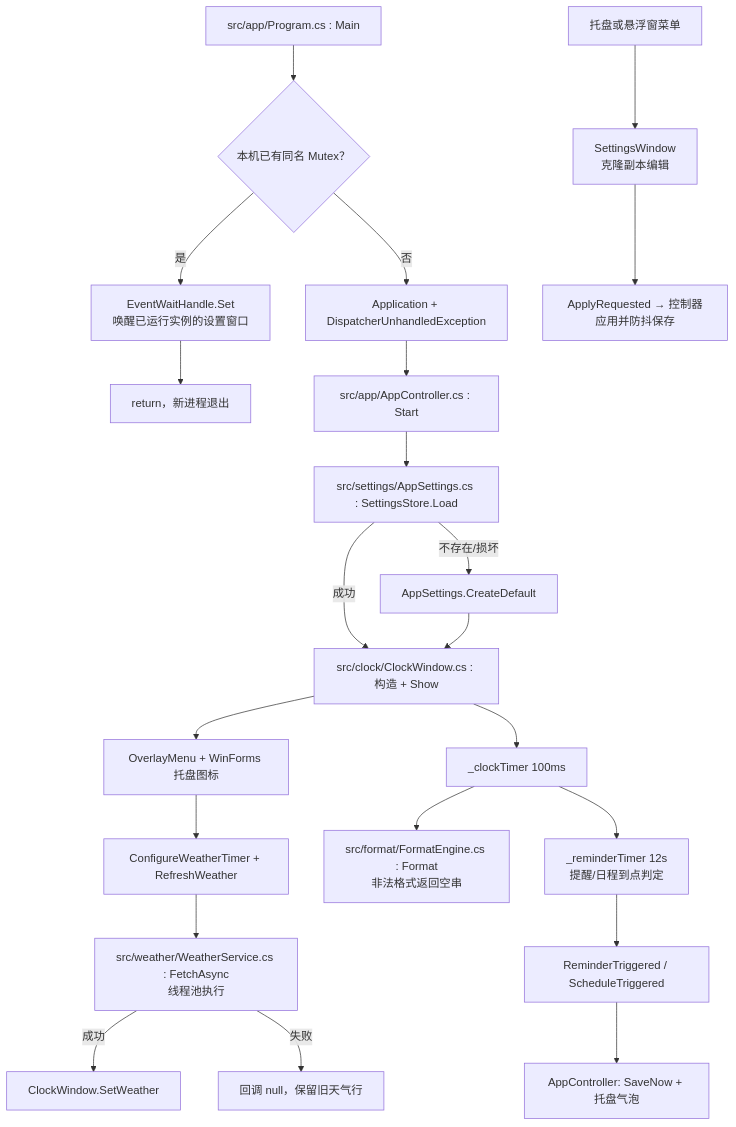
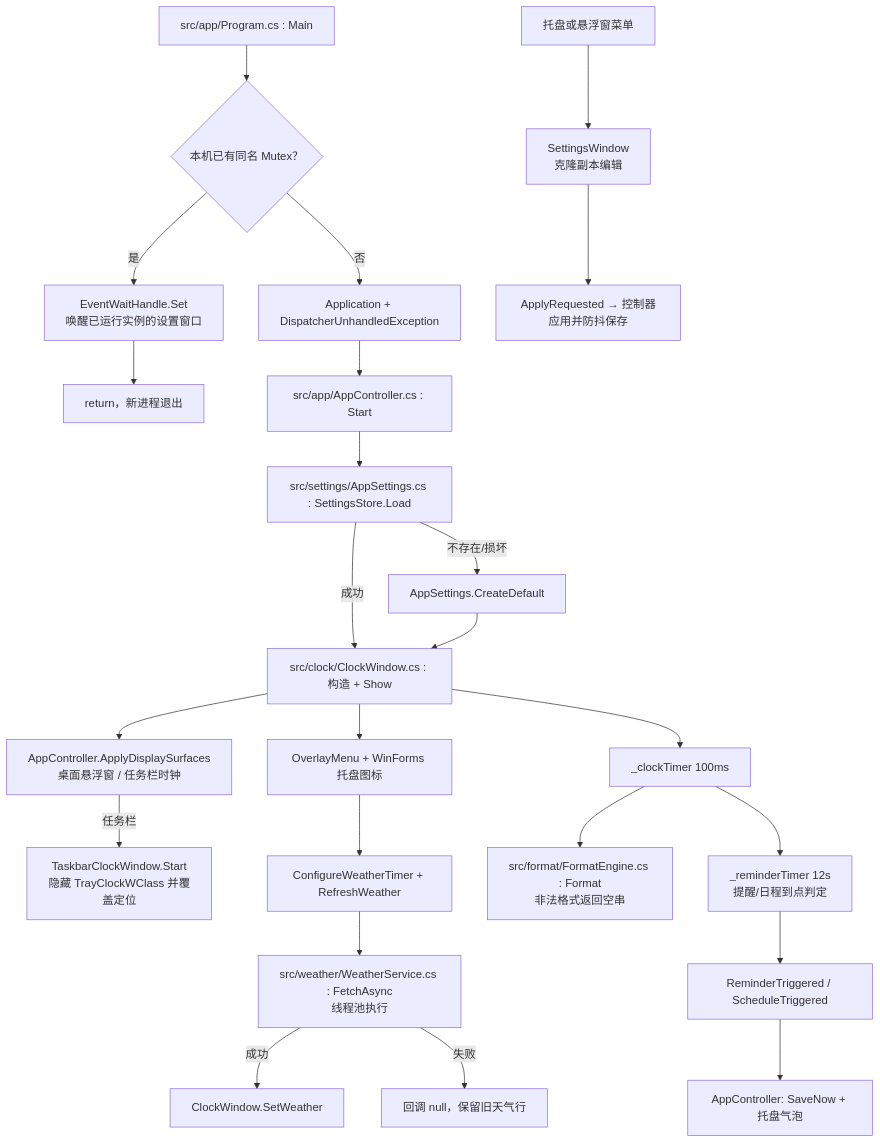
Before and after one commit to GitHubRise/timer: the diagram in docs/300001-系统架构与模块契约.md, drawn with Mermaid. The commit also changed other lines of this file and 7 other files, not shown here.

````diff
--- a/docs/300001-系统架构与模块契约.md
+++ b/docs/300001-系统架构与模块契约.md
@@ -56,24 +61,26 @@
 ```mermaid
 flowchart TD
     A["src/app/Program.cs : Main"] --> B{"本机已有同名 Mutex？"}
     B -- 是 --> B1["EventWaitHandle.Set<br/>唤醒已运行实例的设置窗口"]
     B1 --> B2["return，新进程退出"]
     B -- 否 --> C["Application + DispatcherUnhandledException"]
     C --> D["src/app/AppController.cs : Start"]
     D --> E["src/settings/AppSettings.cs : SettingsStore.Load"]
     E -- 不存在/损坏 --> E1["AppSettings.CreateDefault"]
     E -- 成功 --> F
     E1 --> F["src/clock/ClockWindow.cs : 构造 + Show"]
     F --> G["OverlayMenu + WinForms 托盘图标"]
+    F --> F1["AppController.ApplyDisplaySurfaces<br/>桌面悬浮窗 / 任务栏时钟"]
+    F1 -- 任务栏 --> F2["TaskbarClockWindow.Start<br/>隐藏 TrayClockWClass 并覆盖定位"]
     G --> H["ConfigureWeatherTimer + RefreshWeather"]
     H --> I["src/weather/WeatherService.cs : FetchAsync<br/>线程池执行"]
     I -- 成功 --> J["ClockWindow.SetWeather"]
     I -- 失败 --> K["回调 null，保留旧天气行"]
     F --> L["_clockTimer 100ms"]
     L --> M["src/format/FormatEngine.cs : Format<br/>非法格式返回空串"]
     L --> N["_reminderTimer 12s<br/>提醒/日程到点判定"]
     N --> O["ReminderTriggered / ScheduleTriggered"]
     O --> P["AppController: SaveNow + 托盘气泡"]
     Q["托盘或悬浮窗菜单"] --> R["SettingsWindow<br/>克隆副本编辑"]
     R --> S["ApplyRequested → 控制器应用并防抖保存"]
 ```
````
